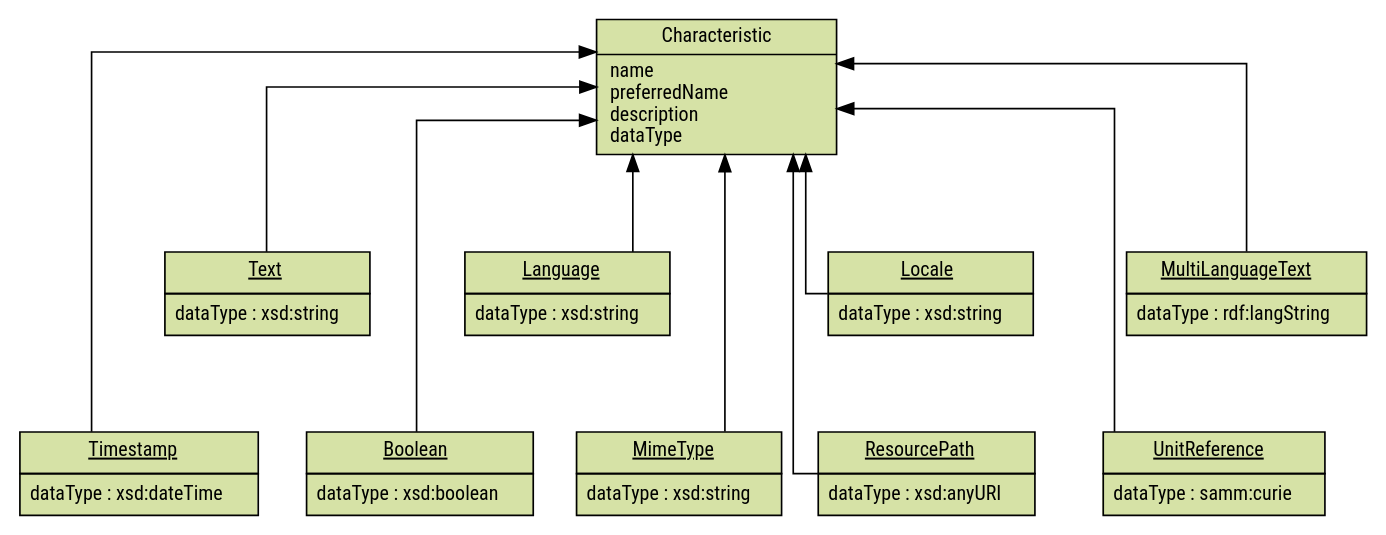
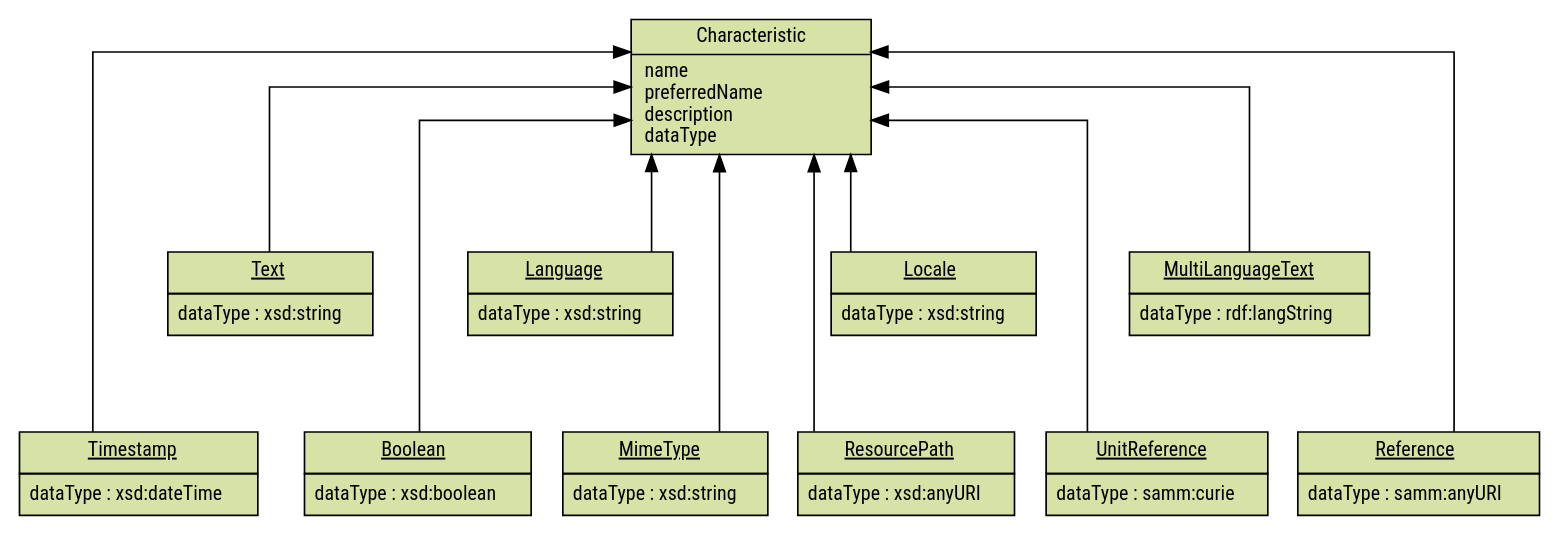
One commit to eclipse-esmf/esmf-semantic-aspect-meta-model changed the diagram in documentation/modules/ROOT/diagrams/characteristics-instances.dot. Above: the diagram before and after it, drawn with Graphviz. The commit also changed 3 other files, not shown here.

Commit message:
Update Reference type and docs

```diff
--- a/documentation/modules/ROOT/diagrams/characteristics-instances.dot
+++ b/documentation/modules/ROOT/diagrams/characteristics-instances.dot
@@ -131,6 +131,18 @@
     </table>>
   ]
 
+  Reference [
+    label =
+    <<table border="0" cellpadding="5" cellspacing="0" cellborder="1" href="../characteristics.html#reference-characteristic">
+    <tr>
+      <td><u>Reference</u></td>
+    </tr>
+    <tr>
+      <td>dataType : samm:anyURI</td>
+    </tr>
+    </table>>
+  ]
+
   MultiLanguageText [
     label =
     <<table border="0" cellpadding="5" cellspacing="0" cellborder="1" href="../characteristics.html#multi-language-text-characteristic">
@@ -181,6 +193,7 @@
   { rank = same;
     Timestamp;
     UnitReference;
+    Reference;
     ResourcePath;
     MimeType;
     Boolean;
@@ -192,12 +205,14 @@
   Locale -> Characteristic
   Language -> Characteristic
   UnitReference -> Characteristic
+  Reference -> Characteristic
   MultiLanguageText -> Characteristic
   ResourcePath -> Characteristic
   MimeType -> Characteristic
 
   Timestamp -> Text [style=invis]
   UnitReference -> MultiLanguageText [style=invis]
+  Reference -> MultiLanguageText [style=invis]
   ResourcePath -> Locale[style=invis]
   MimeType -> Language [style=invis]
   Boolean -> Language [style=invis]
```
